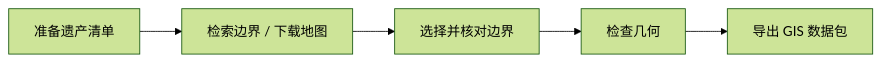
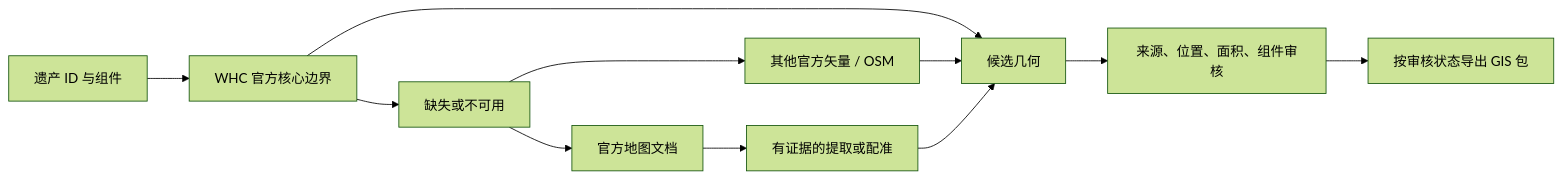
Before and after one commit to cloudcollection/unesco-boundary-workflow: the diagram in README.md, drawn with Mermaid (forest theme). The commit also changed other lines of this file, not shown here.

Commit message:
Restore detailed workflow diagram and refine README headings

````diff
--- a/README.md
+++ b/README.md
@@ -19,7 +19,13 @@
 ```mermaid
 flowchart LR
-    A[准备遗产清单] --> B[检索边界 / 下载地图]
-    B --> C[选择并核对边界]
-    C --> D[检查几何]
-    D --> E[导出 GIS 数据包]
+    A[遗产 ID 与组件] --> B[WHC 官方核心边界]
+    B --> C[候选几何]
+    B --> D[缺失或不可用]
+    D --> E[其他官方矢量 / OSM]
+    D --> F[官方地图文档]
+    F --> G[有证据的提取或配准]
+    E --> C
+    G --> C
+    C --> H[来源、位置、面积、组件审核]
+    H --> I[按审核状态导出 GIS 包]
 ```
````
